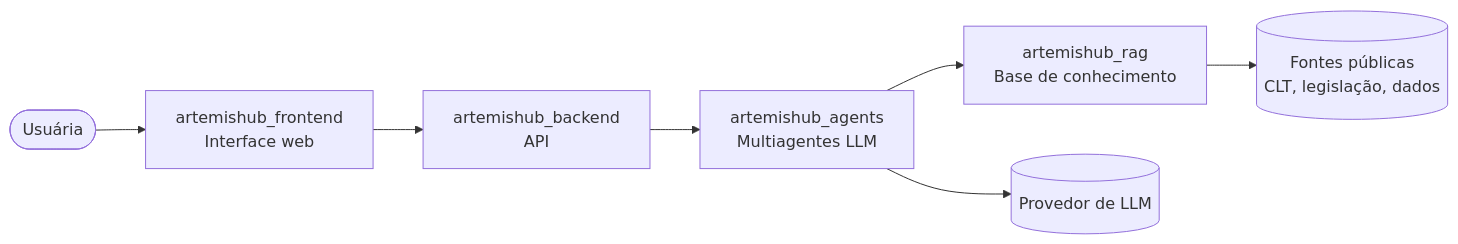
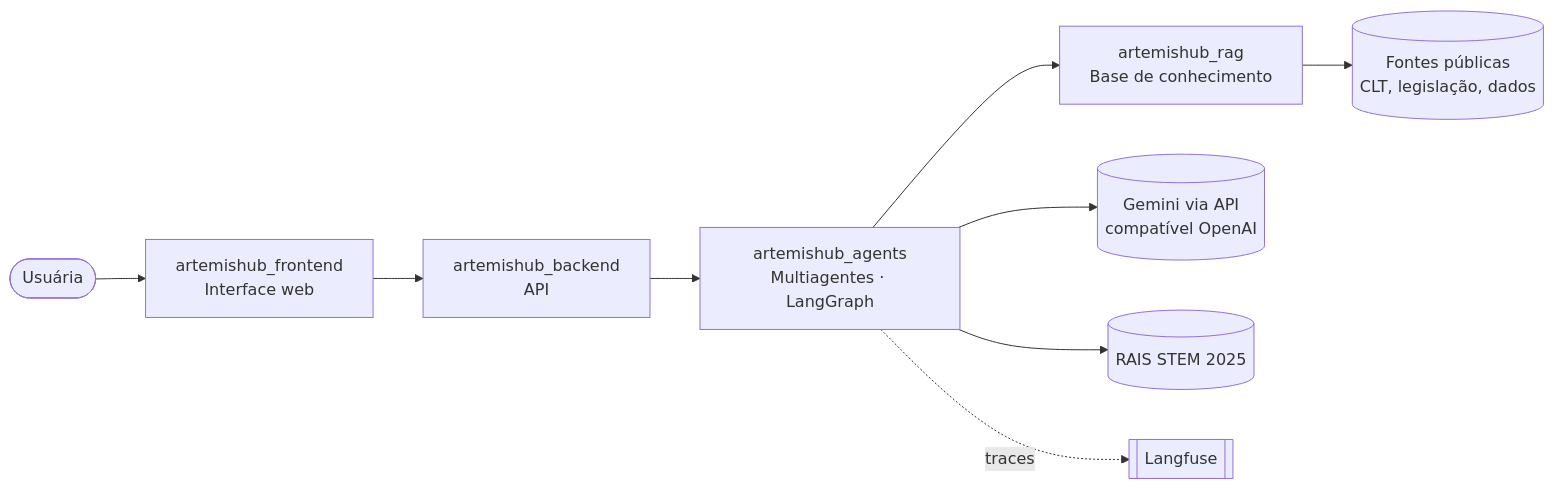
One commit to ArtemisHubApp/artemishub_docs changed the diagram in docs/arquitetura/index.md. Above: the diagram before and after it, drawn with Mermaid. The commit also changed other lines of this file and 7 other files, not shown here.

````diff
--- a/docs/arquitetura/index.md
+++ b/docs/arquitetura/index.md
@@ -10,9 +10,11 @@
 ```mermaid
 flowchart LR
     U([Usuária]) --> FE[artemishub_frontend<br/>Interface web]
     FE --> BE[artemishub_backend<br/>API]
-    BE --> AG[artemishub_agents<br/>Multiagentes LLM]
+    BE --> AG[artemishub_agents<br/>Multiagentes · LangGraph]
     AG --> RAG[artemishub_rag<br/>Base de conhecimento]
-    AG --> LLM[(Provedor de LLM)]
+    AG --> LLM[(Gemini via API<br/>compatível OpenAI)]
+    AG --> RAIS[(RAIS STEM 2025)]
+    AG -. traces .-> LF[[Langfuse]]
     RAG --> SRC[(Fontes públicas<br/>CLT, legislação, dados)]
 ```
````
